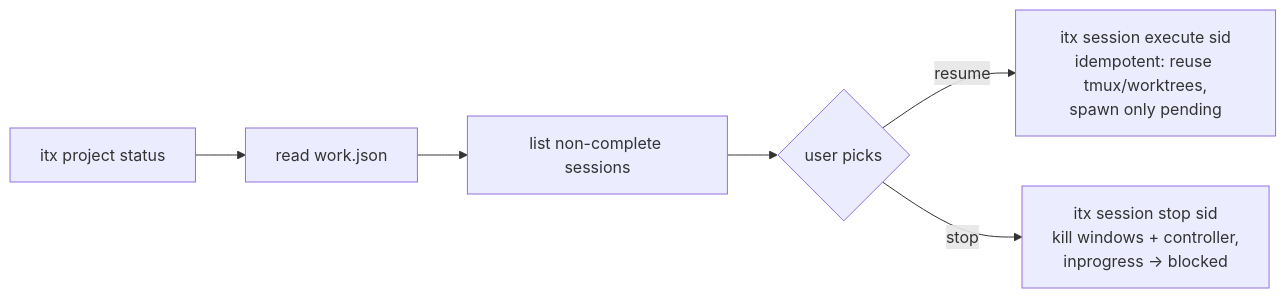
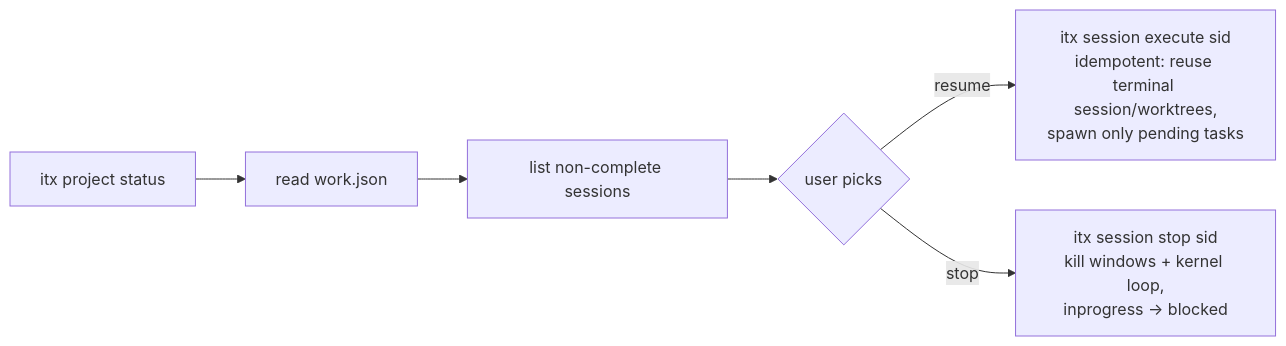
One commit to ric03uec/itx changed the fifth of 5 diagrams in design/arch.md. Above: the diagram before and after it, drawn with Mermaid. The commit also changed other lines of this file and 4 other files, not shown here.

Commit message:
docs: restructure architecture — kernel core, tman terminal manager, executor, llm adapter; standardize terminology in DOMAIN.md (manifest/task/window)

````diff
--- a/design/arch.md
+++ b/design/arch.md
@@ -135,8 +165,8 @@
 ```mermaid
 flowchart LR
     A[itx project status] --> B[read work.json]
     B --> C[list non-complete sessions]
     C --> D{user picks}
-    D -->|resume| E[itx session execute sid<br/>idempotent: reuse tmux/worktrees,<br/>spawn only pending]
-    D -->|stop| F[itx session stop sid<br/>kill windows + controller,<br/>inprogress → blocked]
+    D -->|resume| E[itx session execute sid<br/>idempotent: reuse terminal session/worktrees,<br/>spawn only pending tasks]
+    D -->|stop| F[itx session stop sid<br/>kill windows + kernel loop,<br/>inprogress → blocked]
 ```
````
